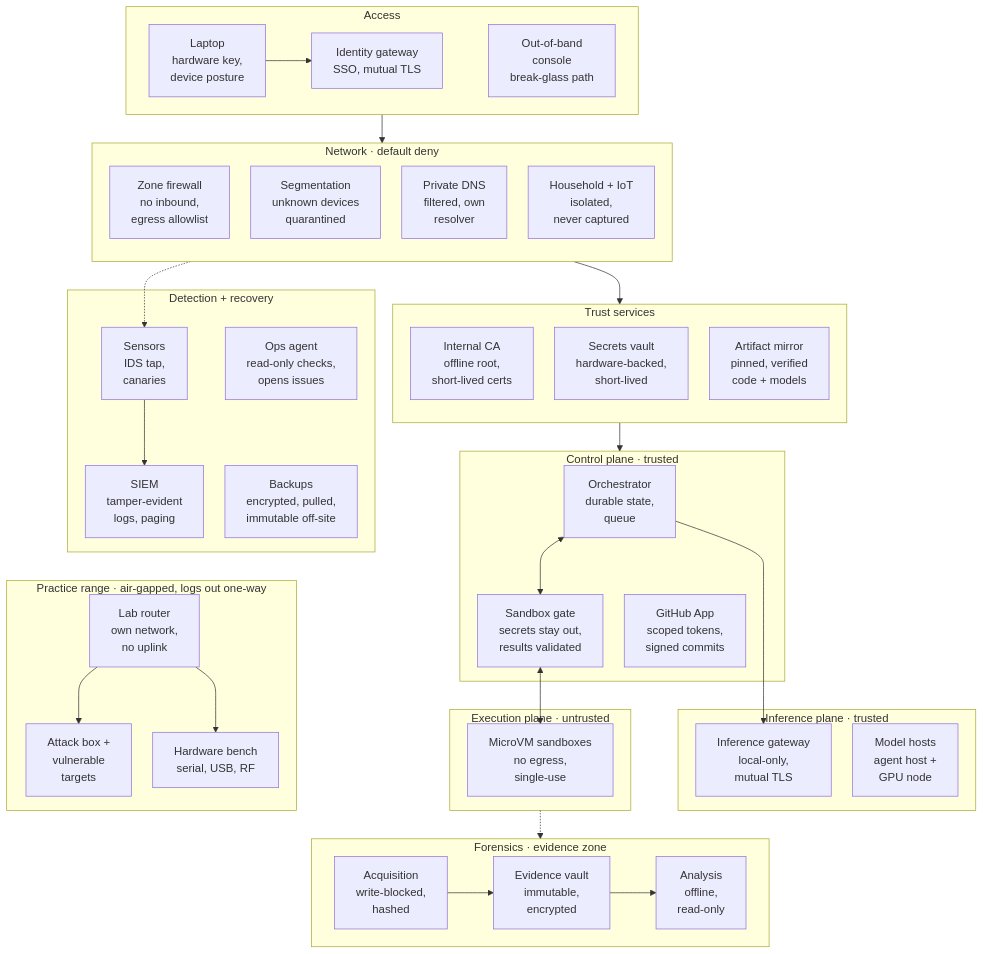
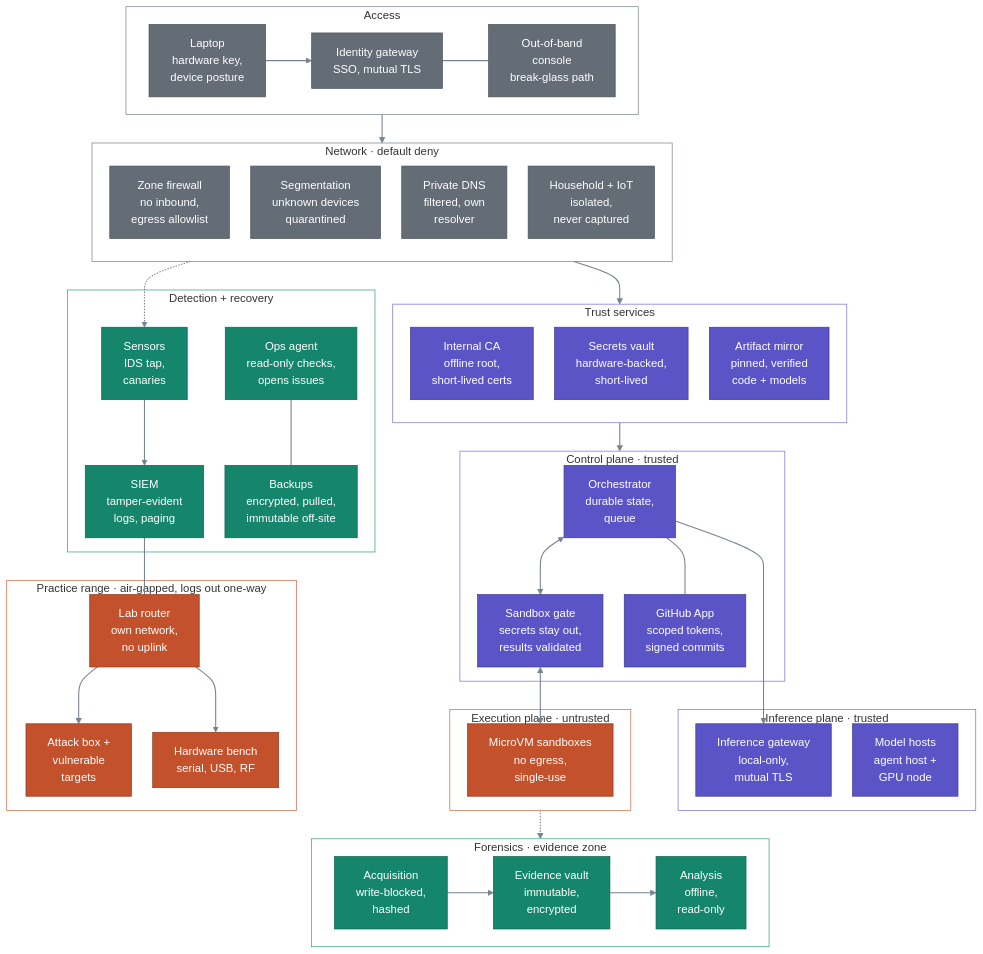
One commit to JamesTRichmond/otter-creek-homelab changed the second of 2 diagrams in README.md. Above: the diagram before and after it, drawn with Mermaid. The commit also changed other lines of this file, not shown here.

Commit message:
Style README diagrams: color nodes by trust zone
Add classDef/style/linkStyle directives to both Mermaid blocks so
nodes are colored by trust (purple trusted, orange untrusted, teal
detection/evidence, gray neutral) with white text that reads on both
GitHub light and dark themes. Zone borders tinted to match. No
content changes.

Claude-Session: https://claude.ai/code/session_013wJAJbQpyWiJ5KEw7oAqHX

````diff
--- a/README.md
+++ b/README.md
@@ -140,4 +153,22 @@
     LR --> ATK
     LR --> HW
   end
+  classDef trusted fill:#5B54C7,stroke:#403A96,color:#FFFFFF
+  classDef untrusted fill:#C3512C,stroke:#93391C,color:#FFFFFF
+  classDef evidence fill:#15866B,stroke:#0C6450,color:#FFFFFF
+  classDef neutral fill:#646C76,stroke:#4B535C,color:#FFFFFF
+  class CA,V,MIR,O,SG,GA,IG,MH trusted
+  class S,LR,ATK,HW untrusted
+  class SEN,SIEM,OPS,BK,ACQ,EV,AN evidence
+  class L,ID,OOB,FW,SW,DNS,HOME neutral
+  style ACC fill:transparent,stroke:#768390
+  style NET fill:transparent,stroke:#768390
+  style TS fill:transparent,stroke:#7A73D6
+  style CP fill:transparent,stroke:#7A73D6
+  style IP fill:transparent,stroke:#7A73D6
+  style EP fill:transparent,stroke:#D46A42
+  style RNG fill:transparent,stroke:#D46A42
+  style DET fill:transparent,stroke:#2FA183
+  style DF fill:transparent,stroke:#2FA183
+  linkStyle default stroke:#768390,stroke-width:1.5px
 ```
````
